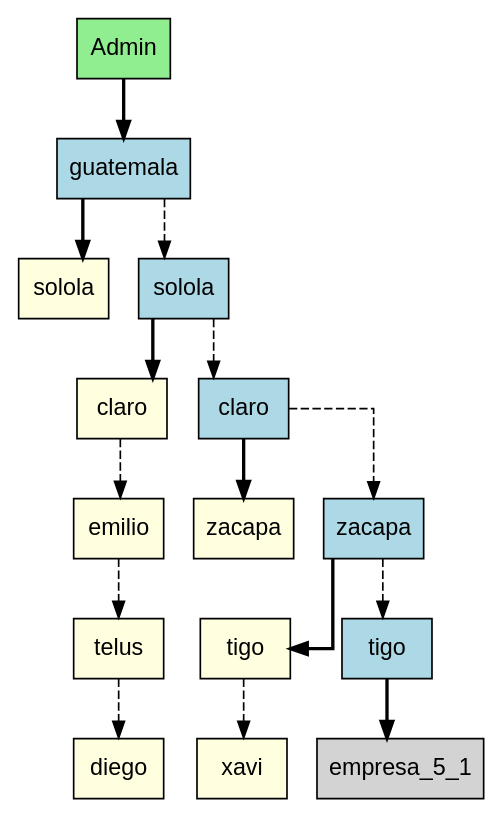
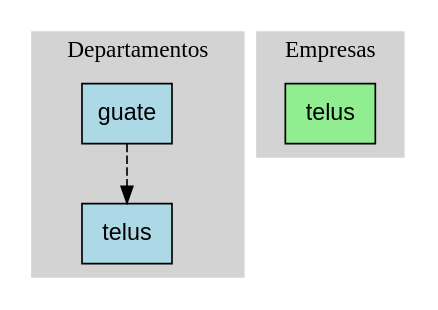
Before and after one commit to DavidVelasquez77/EDD_PROYECTO1: the diagram in output/reporte_matriz.dot, drawn with Graphviz. The commit also changed 3 other files, not shown here.

```diff
--- a/output/reporte_matriz.dot
+++ b/output/reporte_matriz.dot
@@ -1,33 +1,21 @@
 digraph MatrizLayout {
   rankdir=TB;
   node [shape=box, style=filled, fontname=Arial];
   splines=ortho;
-  admin [label="Admin", pos="0,0!", fillcolor=lightgreen];
-  departamento1 [label="guatemala", pos="1,0!", fillcolor=lightblue];
-  empresa_1_1 [label="solola", pos="0,1!", fillcolor=lightyellow];
-  departamento1 -> empresa_1_1 [style=bold];
-  departamento2 [label="solola", pos="2,0!", fillcolor=lightblue];
-  departamento1 -> departamento2 [style=dashed];
-  empresa_2_1 [label="claro", pos="0,1!", fillcolor=lightyellow];
-  empresa_2_2 [label="emilio", pos="0,2!", fillcolor=lightyellow];
-  empresa_2_1 -> empresa_2_2 [style=dashed];
-  empresa_2_3 [label="telus", pos="0,3!", fillcolor=lightyellow];
-  empresa_2_2 -> empresa_2_3 [style=dashed];
-  empresa_2_4 [label="diego", pos="0,4!", fillcolor=lightyellow];
-  empresa_2_3 -> empresa_2_4 [style=dashed];
-  departamento2 -> empresa_2_1 [style=bold];
-  departamento3 [label="claro", pos="3,0!", fillcolor=lightblue];
-  departamento2 -> departamento3 [style=dashed];
-  empresa_3_1 [label="zacapa", pos="0,1!", fillcolor=lightyellow];
-  departamento3 -> empresa_3_1 [style=bold];
-  departamento4 [label="zacapa", pos="4,0!", fillcolor=lightblue];
-  departamento3 -> departamento4 [style=dashed];
-  empresa_4_1 [label="tigo", pos="0,1!", fillcolor=lightyellow];
-  empresa_4_2 [label="xavi", pos="0,2!", fillcolor=lightyellow];
-  empresa_4_1 -> empresa_4_2 [style=dashed];
-  departamento4 -> empresa_4_1 [style=bold];
-  departamento5 [label="tigo", pos="5,0!", fillcolor=lightblue];
-  departamento4 -> departamento5 [style=dashed];
-  departamento5 -> empresa_5_1 [style=bold];
-  admin -> departamento1 [style=bold];
+  nodesep=0.5;
+  ranksep=0.5;
+  subgraph cluster_departamentos {
+    style=filled;
+    color=lightgrey;
+    label="Departamentos";
+    departamento0 [label="guate", fillcolor=lightblue];
+    departamento1 [label="telus", fillcolor=lightblue];
+    departamento0 -> departamento1 [style=dashed];
+  }
+  subgraph cluster_empresas {
+    style=filled;
+    color=lightgrey;
+    label="Empresas";
+    empresa0 [label="telus", fillcolor=lightgreen];
+  }
 }
```
